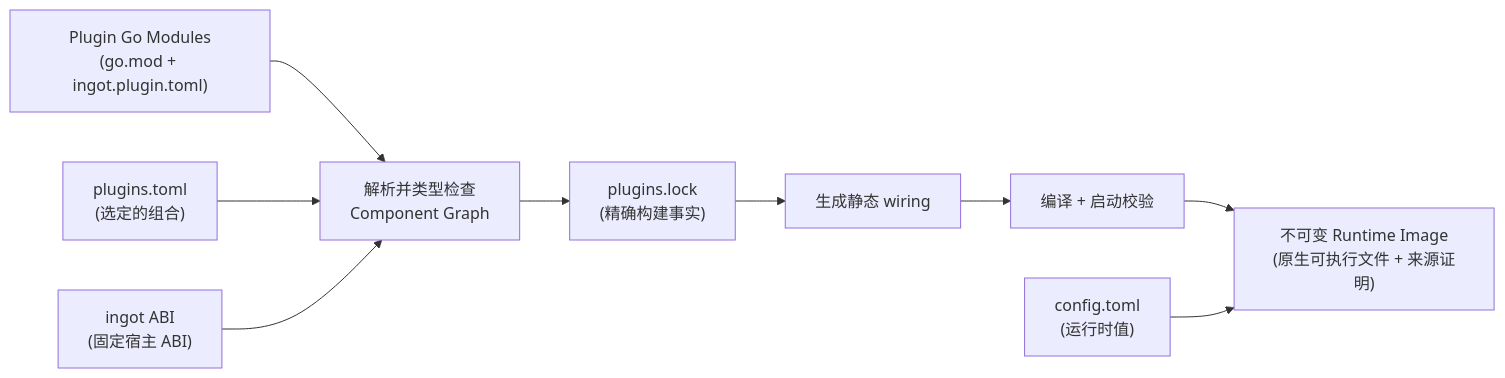
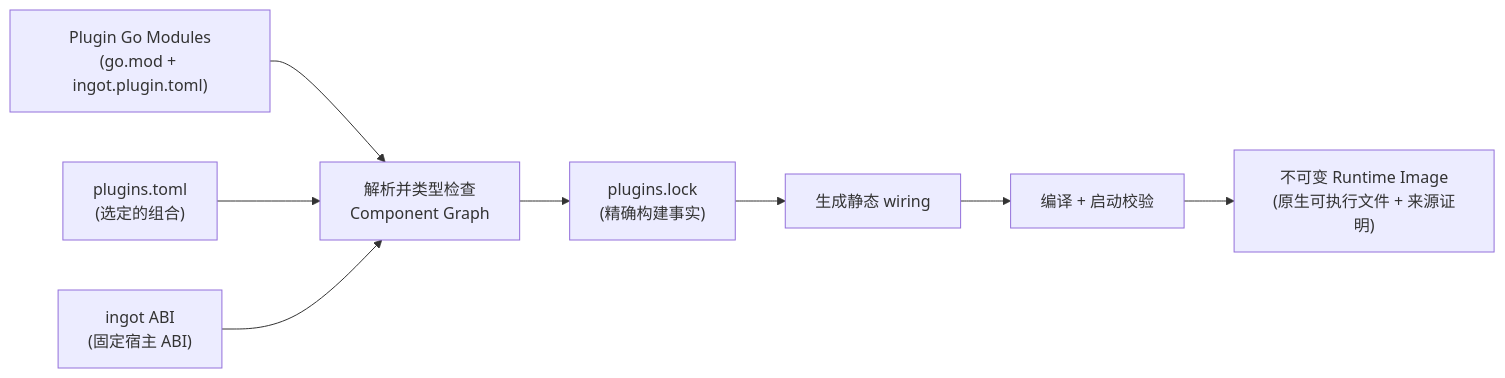
The diagram in docs/README.zh.md (ingot-agent/ingot), drawn with Mermaid before and after one commit. The commit also changed other lines of this file and 159 other files, not shown here.

````diff
--- a/docs/README.zh.md
+++ b/docs/README.zh.md
@@ -74,11 +77,10 @@
 ```mermaid
 flowchart LR
     Plugins["Plugin Go Modules<br/>(go.mod + ingot.plugin.toml)"] --> Resolve
     Desired["plugins.toml<br/>(选定的组合)"] --> Resolve
     IngotABI["ingot ABI<br/>(固定宿主 ABI)"] --> Resolve
     Resolve["解析并类型检查<br/>Component Graph"] --> Lock["plugins.lock<br/>(精确构建事实)"]
     Lock --> Generate["生成静态 wiring"]
     Generate --> Compile["编译 + 启动校验"]
     Compile --> Image["不可变 Runtime Image<br/>(原生可执行文件 + 来源证明)"]
-    Config["config.toml<br/>(运行时值)"] --> Image
 ```
````
